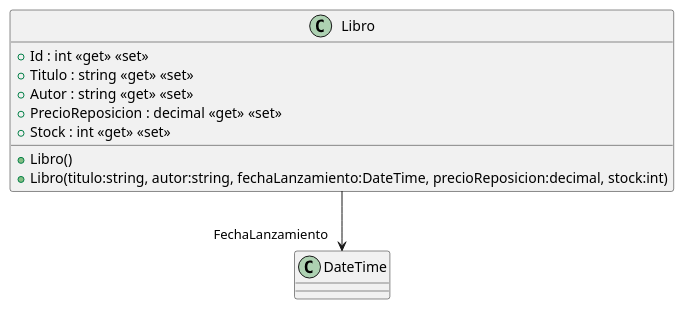
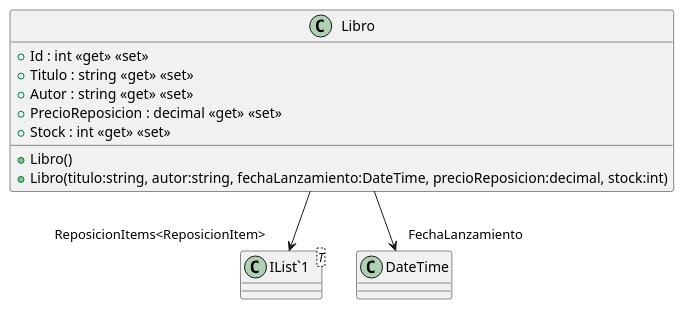
Before and after one commit to ISII2627DDNProject/ISII2627DDNProject: the diagram in src/AppForSEII.API/ClassDiagram/Libro.puml, drawn with PlantUML. The commit also changed 10 other files, not shown here.

Commit message:
Añadir clase ReposicionItem,  su DbSet, las relaciones con esta clase y diagrama de clases uml

```diff
--- a/src/AppForSEII.API/ClassDiagram/Libro.puml
+++ b/src/AppForSEII.API/ClassDiagram/Libro.puml
@@ -1,12 +1,15 @@
 @startuml
 class Libro {
     + Libro()
     + Libro(titulo:string, autor:string, fechaLanzamiento:DateTime, precioReposicion:decimal, stock:int)
     + Id : int <<get>> <<set>>
     + Titulo : string <<get>> <<set>>
     + Autor : string <<get>> <<set>>
     + PrecioReposicion : decimal <<get>> <<set>>
     + Stock : int <<get>> <<set>>
 }
+class "IList`1"<T> {
+}
+Libro --> "ReposicionItems<ReposicionItem>" "IList`1"
 Libro --> "FechaLanzamiento" DateTime
 @enduml
```
